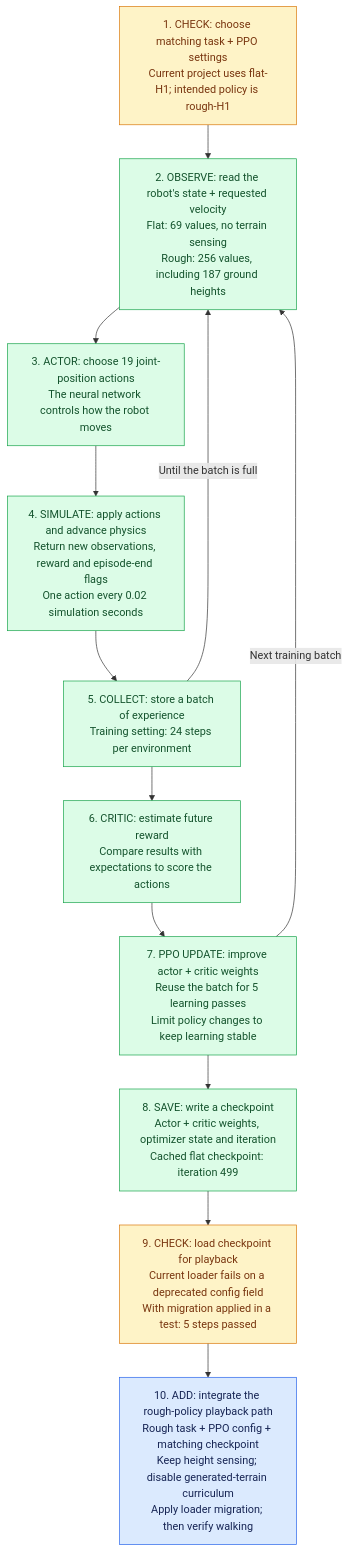
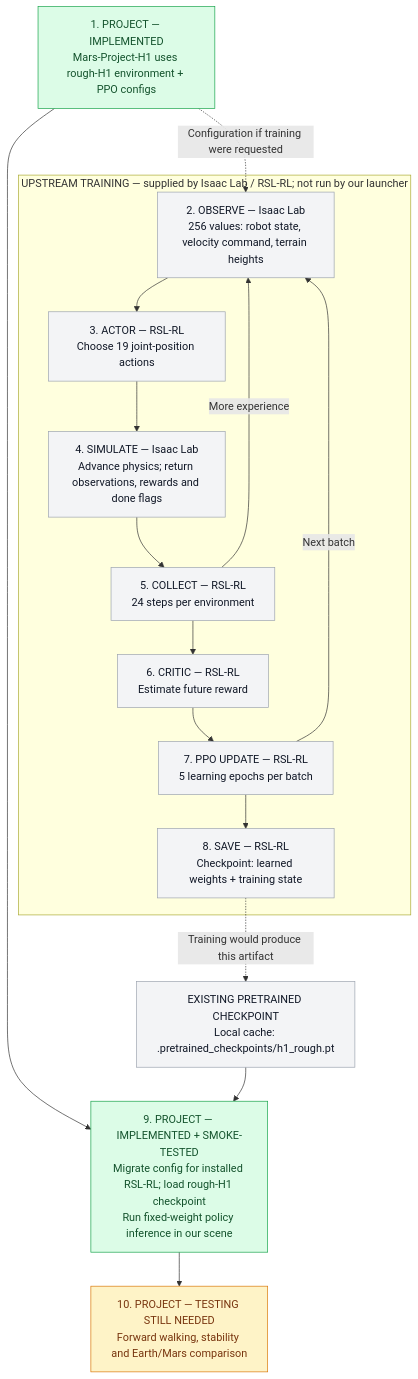
One commit to eddie-wq07/Mars-Project changed the first of 3 diagrams in README.md. Above: the diagram before and after it, drawn with Mermaid. The commit also changed other lines of this file and 3 other files, not shown here.

Commit message:
Load in rough-terrain locomotion

````diff
--- a/README.md
+++ b/README.md
@@ -19,25 +19,30 @@
 ```mermaid
 flowchart TD
-    config["1. CHECK: choose matching task + PPO settings<br/>Current project uses flat-H1; intended policy is rough-H1"]
-    observe["2. OBSERVE: read the robot's state + requested velocity<br/>Flat: 69 values, no terrain sensing<br/>Rough: 256 values, including 187 ground heights"]
-    actor["3. ACTOR: choose 19 joint-position actions<br/>The neural network controls how the robot moves"]
-    simulate["4. SIMULATE: apply actions and advance physics<br/>Return new observations, reward and episode-end flags<br/>One action every 0.02 simulation seconds"]
-    collect["5. COLLECT: store a batch of experience<br/>Training setting: 24 steps per environment"]
-    critic["6. CRITIC: estimate future reward<br/>Compare results with expectations to score the actions"]
-    update["7. PPO UPDATE: improve actor + critic weights<br/>Reuse the batch for 5 learning passes<br/>Limit policy changes to keep learning stable"]
-    save["8. SAVE: write a checkpoint<br/>Actor + critic weights, optimizer state and iteration<br/>Cached flat checkpoint: iteration 499"]
-    playback["9. CHECK: load checkpoint for playback<br/>Current loader fails on a deprecated config field<br/>With migration applied in a test: 5 steps passed"]
-    integrate["10. ADD: integrate the rough-policy playback path<br/>Rough task + PPO config + matching checkpoint<br/>Keep height sensing; disable generated-terrain curriculum<br/>Apply loader migration; then verify walking"]
+    config["1. PROJECT — IMPLEMENTED<br/>Mars-Project-H1 uses rough-H1 environment + PPO configs"]
+    subgraph upstream["UPSTREAM TRAINING — supplied by Isaac Lab / RSL-RL; not run by our launcher"]
+        observe["2. OBSERVE — Isaac Lab<br/>256 values: robot state, velocity command, terrain heights"]
+        actor["3. ACTOR — RSL-RL<br/>Choose 19 joint-position actions"]
+        simulate["4. SIMULATE — Isaac Lab<br/>Advance physics; return observations, rewards and done flags"]
+        collect["5. COLLECT — RSL-RL<br/>24 steps per environment"]
+        critic["6. CRITIC — RSL-RL<br/>Estimate future reward"]
+        update["7. PPO UPDATE — RSL-RL<br/>5 learning epochs per batch"]
+        save["8. SAVE — RSL-RL<br/>Checkpoint: learned weights + training state"]
+        observe --> actor --> simulate --> collect --> critic --> update --> save
+        collect -->|More experience| observe
+        update -->|Next batch| observe
+    end
+    checkpoint["EXISTING PRETRAINED CHECKPOINT<br/>Local cache: .pretrained_checkpoints/h1_rough.pt"]
+    playback["9. PROJECT — IMPLEMENTED + SMOKE-TESTED<br/>Migrate config for installed RSL-RL; load rough-H1 checkpoint<br/>Run fixed-weight policy inference in our scene"]
+    verify["10. PROJECT — TESTING STILL NEEDED<br/>Forward walking, stability and Earth/Mars comparison"]
+    config -.->|Configuration if training were requested| observe
+    save -.->|Training would produce this artifact| checkpoint
+    config --> playback
+    checkpoint --> playback --> verify
 
-    config --> observe --> actor --> simulate --> collect --> critic --> update --> save
-    collect -->|Until the batch is full| observe
-    update -->|Next training batch| observe
-    save --> playback --> integrate
-
-    classDef present fill:#dcfce7,stroke:#16a34a,color:#14532d;
+    classDef implemented fill:#dcfce7,stroke:#16a34a,color:#14532d;
+    classDef upstream fill:#f3f4f6,stroke:#9ca3af,color:#111827;
     classDef verify fill:#fef3c7,stroke:#d97706,color:#78350f;
-    classDef todo fill:#dbeafe,stroke:#2563eb,color:#172554;
-    class observe,actor,simulate,collect,critic,update,save present;
-    class config,playback verify;
-    class integrate todo;
+    class config,playback implemented;
+    class observe,actor,simulate,collect,critic,update,save,checkpoint upstream;
+    class verify verify;
 ```
````
